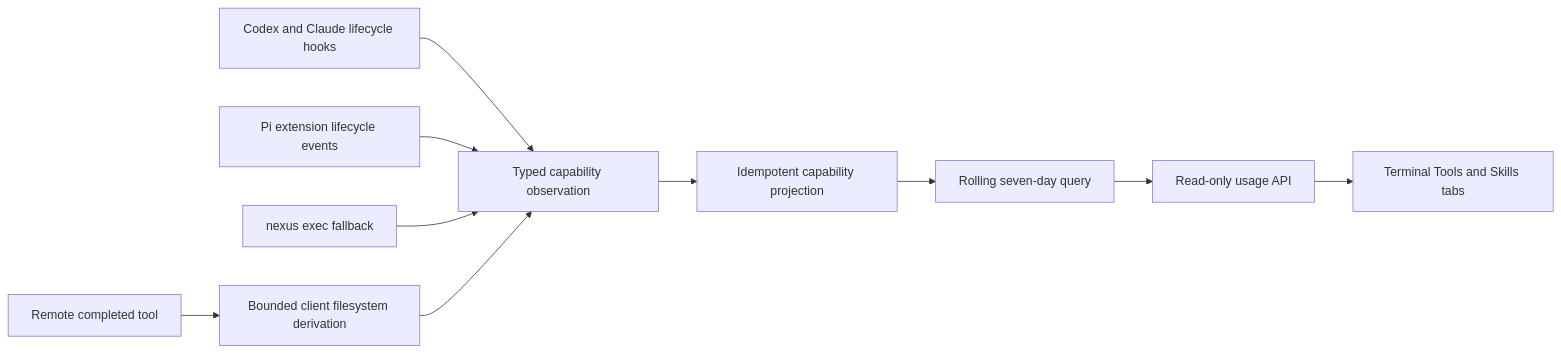
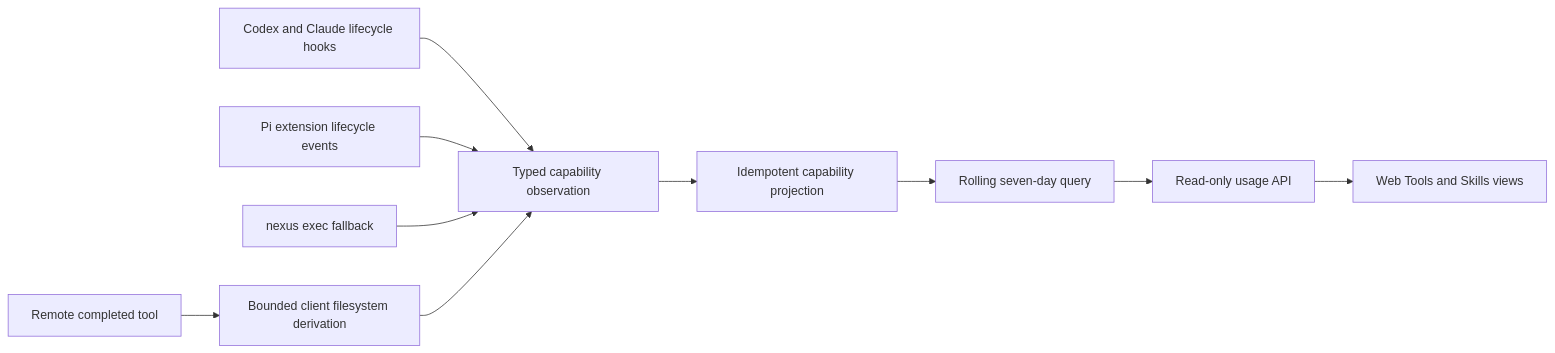
Before and after one commit to warrenronsiek/nexus: the first of 2 diagrams in docs/features/usage-analytics.md, drawn with Mermaid. The commit also changed other lines of this file and 218 other files, not shown here.

Commit message:
Replace terminal dashboard with authenticated Elm and D3 web UI

````diff
--- a/docs/features/usage-analytics.md
+++ b/docs/features/usage-analytics.md
@@ -19,12 +19,12 @@
 ```mermaid
 flowchart LR
     A[Codex and Claude lifecycle hooks] --> D[Typed capability observation]
     B[Pi extension lifecycle events] --> D
     C[nexus exec fallback] --> D
     I[Remote completed tool] --> J[Bounded client filesystem derivation]
     J --> D
     D --> E[Idempotent capability projection]
     E --> F[Rolling seven-day query]
     F --> G[Read-only usage API]
-    G --> H[Terminal Tools and Skills tabs]
+    G --> H[Web Tools and Skills views]
 ```
````
